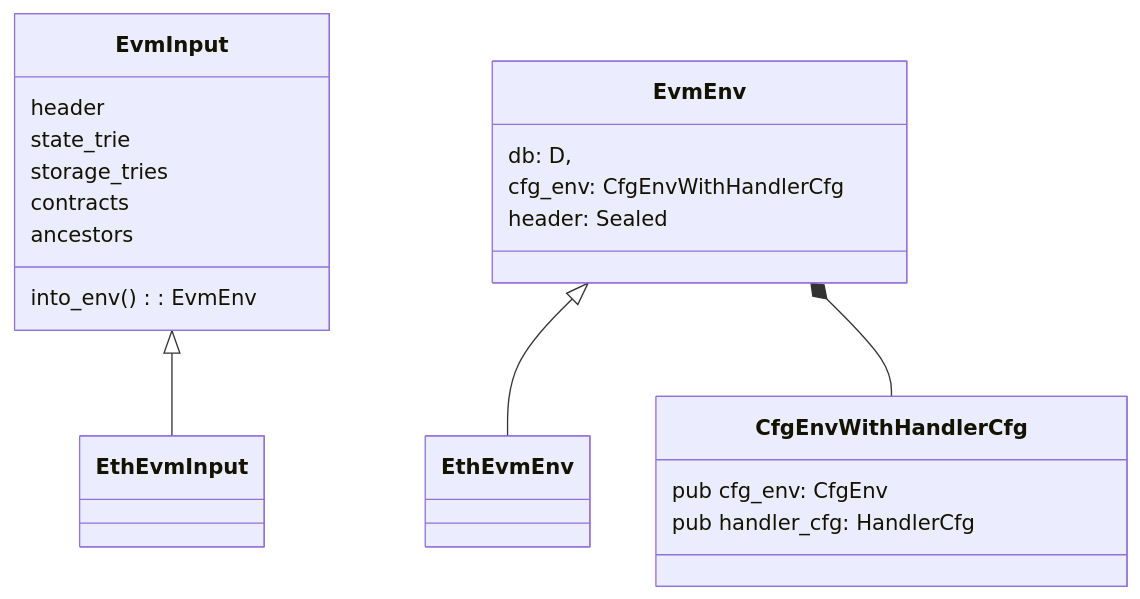
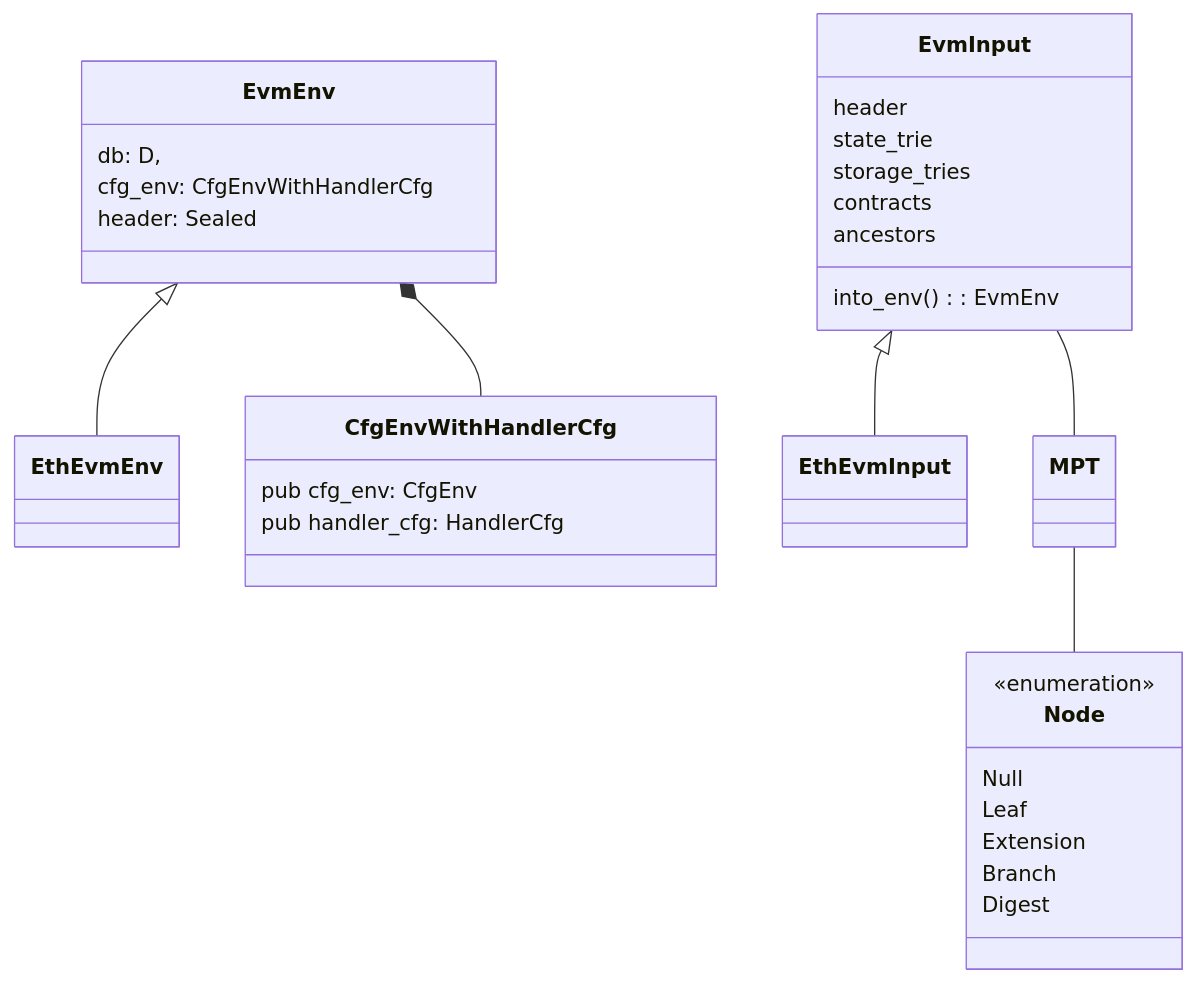
One commit to vlayer-xyz/vlayer changed the second of 3 diagrams in README.md. Above: the diagram before and after it, drawn with Mermaid. The commit also changed other lines of this file, not shown here.

Commit message:
Add docs about MPT

````diff
--- a/README.md
+++ b/README.md
@@ -152,29 +153,40 @@
 ```mermaid
 classDiagram
 
 class EvmInput {
     header
     state_trie
     storage_tries
     contracts
     ancestors
     into_env(): EvmEnv<StateDb, H>
 }
 
 class EvmEnv {
     db: D,
     cfg_env: CfgEnvWithHandlerCfg
     header: Sealed<H>
 }
 
 EvmEnv <|-- EthEvmEnv
-EvmInput <|-- EthEvmInput
-
 EvmEnv *-- CfgEnvWithHandlerCfg
 
+EvmInput <|-- EthEvmInput
+EvmInput -- MPT
+MPT -- Node
 
 class CfgEnvWithHandlerCfg {
     pub cfg_env: CfgEnv
     pub handler_cfg: HandlerCfg
 }
+
+class Node {
+    <<enumeration>>
+    Null
+    Leaf
+    Extension
+    Branch
+    Digest
+}
+
 ```
````
